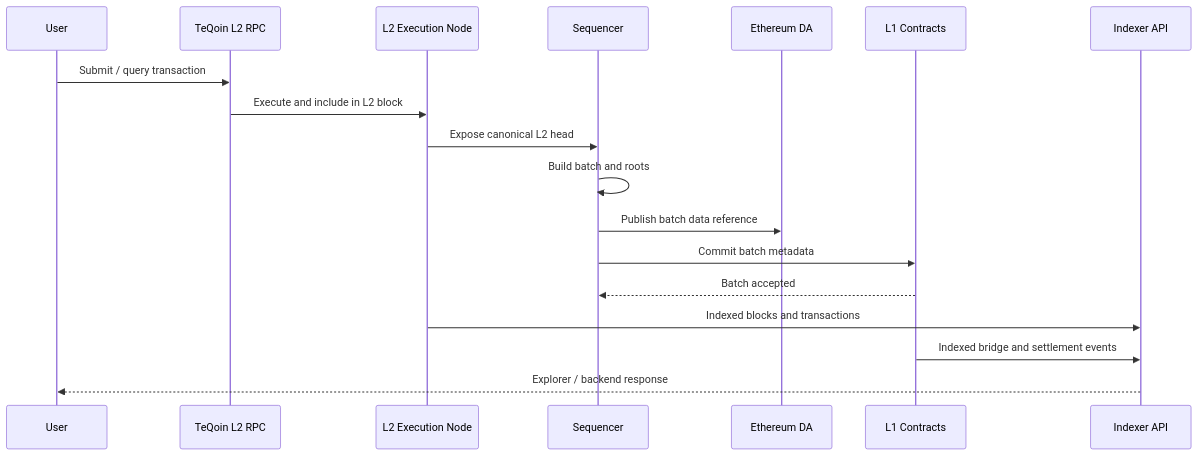
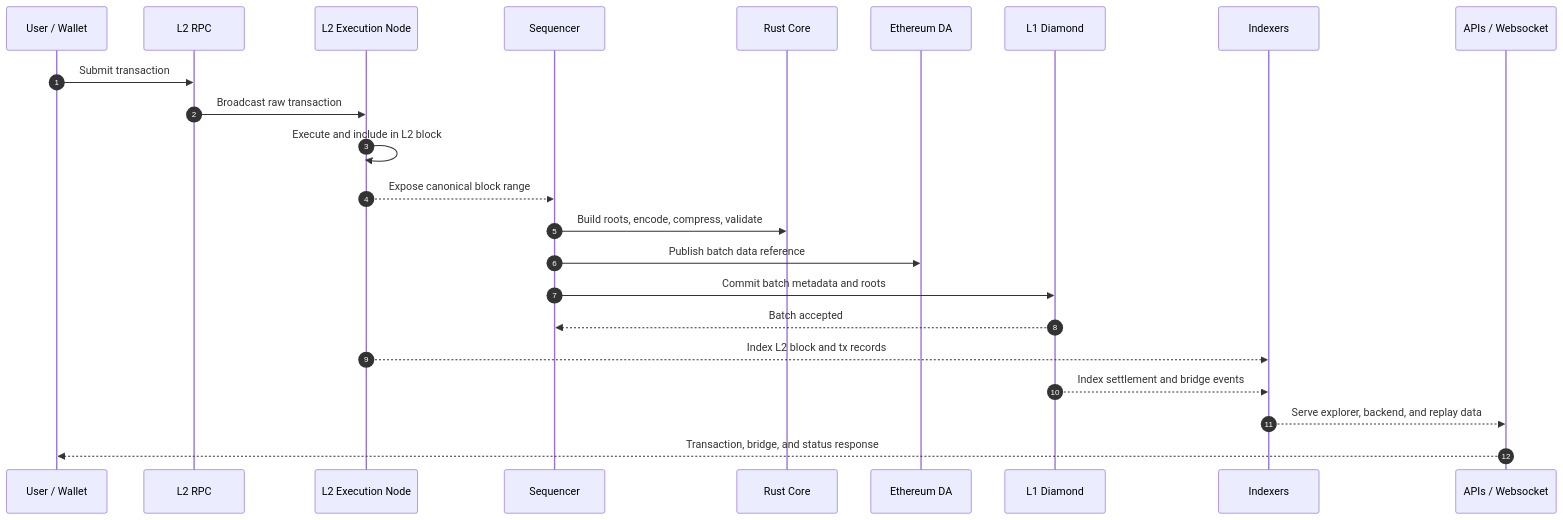
Before and after one commit to TeQoin-Blockchain/TeQoin-l2: the second of 5 diagrams in README.md, drawn with Mermaid. The commit also changed other lines of this file and 2 other files, not shown here.

Commit message:
docs(readme): polish architecture visuals

````diff
--- a/README.md
+++ b/README.md
@@ -74,21 +128,26 @@
 ```mermaid
 sequenceDiagram
-  participant User
-  participant L2RPC as TeQoin L2 RPC
+  autonumber
+  participant User as User / Wallet
+  participant RPC as L2 RPC
   participant L2 as L2 Execution Node
   participant Seq as Sequencer
+  participant Core as Rust Core
   participant DA as Ethereum DA
-  participant L1 as L1 Contracts
-  participant API as Indexer API
+  participant L1 as L1 Diamond
+  participant Idx as Indexers
+  participant API as APIs / Websocket
 
-  User->>L2RPC: Submit / query transaction
-  L2RPC->>L2: Execute and include in L2 block
-  L2->>Seq: Expose canonical L2 head
-  Seq->>Seq: Build batch and roots
+  User->>RPC: Submit transaction
+  RPC->>L2: Broadcast raw transaction
+  L2->>L2: Execute and include in L2 block
+  L2-->>Seq: Expose canonical block range
+  Seq->>Core: Build roots, encode, compress, validate
   Seq->>DA: Publish batch data reference
-  Seq->>L1: Commit batch metadata
+  Seq->>L1: Commit batch metadata and roots
   L1-->>Seq: Batch accepted
-  L2->>API: Indexed blocks and transactions
-  L1->>API: Indexed bridge and settlement events
-  API-->>User: Explorer / backend response
+  L2-->>Idx: Index L2 block and tx records
+  L1-->>Idx: Index settlement and bridge events
+  Idx-->>API: Serve explorer, backend, and replay data
+  API-->>User: Transaction, bridge, and status response
 ```
````
